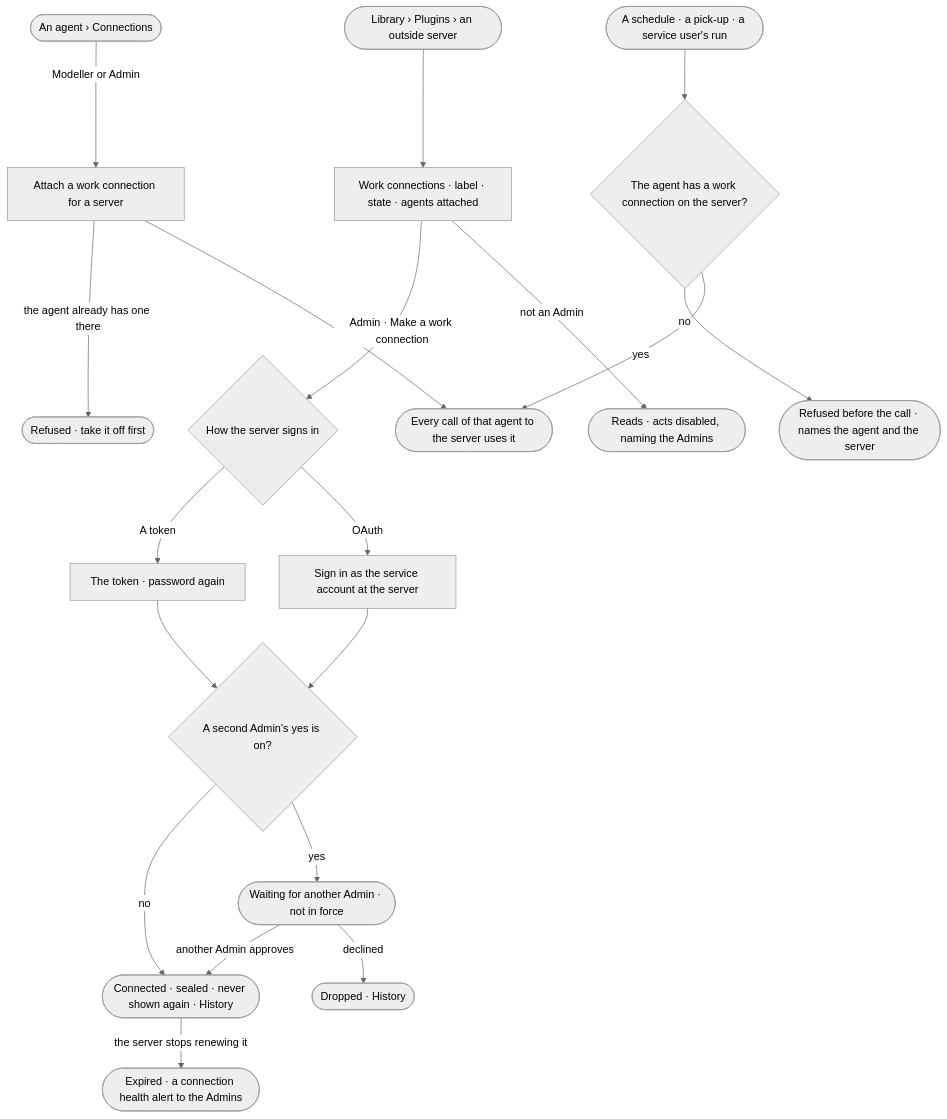
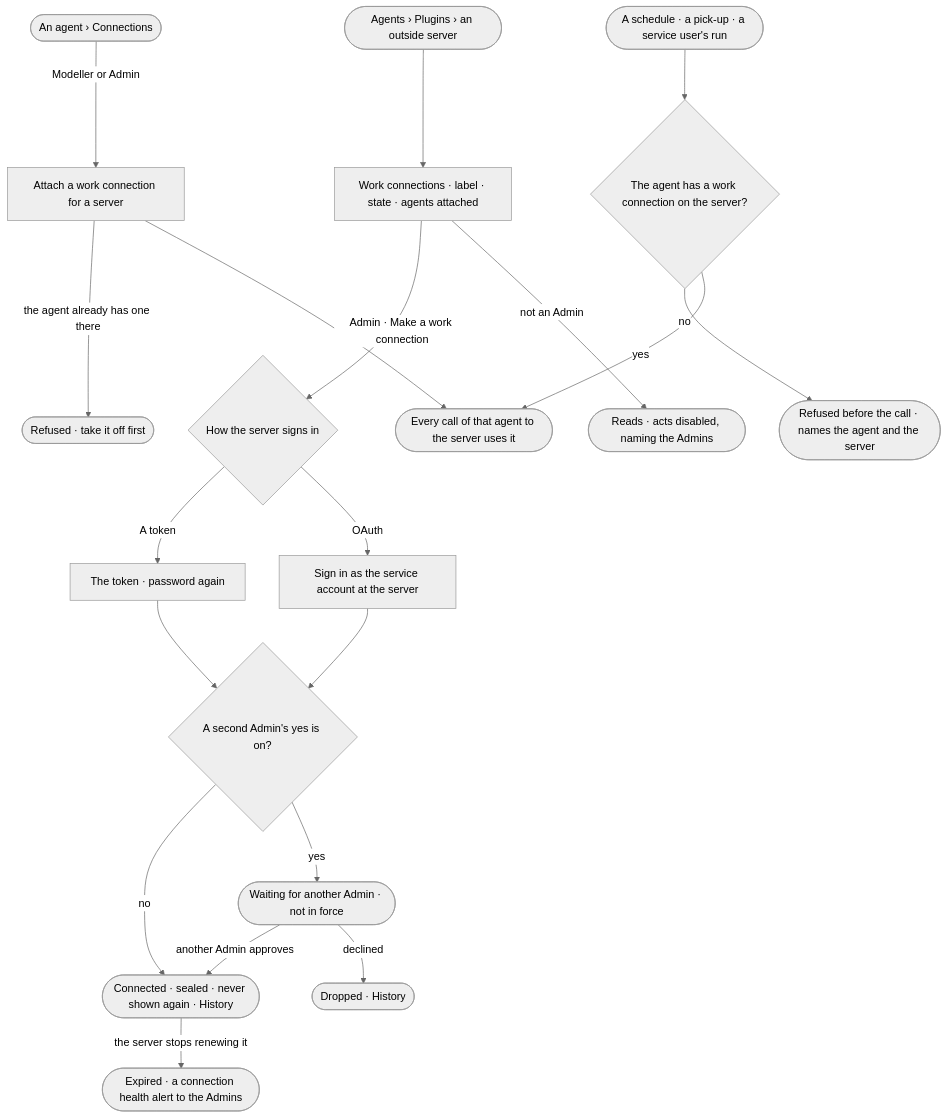
The diagram in specs/os/control/features/CP-F02-plugins-and-outside-tools/stories/CP-62-make-a-work-connection-and-attach-it-to-agents/story.md (invana/invana), drawn with Mermaid (neutral theme) before and after one commit. The commit also changed 106 other files, not shown here.

````diff
--- a/specs/os/control/features/CP-F02-plugins-and-outside-tools/stories/CP-62-make-a-work-connection-and-attach-it-to-agents/story.md
+++ b/specs/os/control/features/CP-F02-plugins-and-outside-tools/stories/CP-62-make-a-work-connection-and-attach-it-to-agents/story.md
@@ -29,21 +29,21 @@
 ```mermaid
 flowchart TD
-  s([Library › Plugins › an outside server]) --> l["Work connections · label · state · agents attached"]
+  s([Agents › Plugins › an outside server]) --> l["Work connections · label · state · agents attached"]
   l -->|Admin · Make a work connection| m{"How the server signs in"}
   m -->|A token| tk["The token · password again"]
   m -->|OAuth| oa["Sign in as the service account at the server"]
   tk --> sv{"A second Admin's yes is on?"}
   oa --> sv
   sv -->|no| ok(["Connected · sealed · never shown again · History"])
   sv -->|yes| aw(["Waiting for another Admin · not in force"])
   aw -->|another Admin approves| ok
   aw -->|declined| dc(["Dropped · History"])
   a([An agent › Connections]) -->|Modeller or Admin| at["Attach a work connection for a server"]
   at -->|the agent already has one there| one(["Refused · take it off first"])
   at --> used(["Every call of that agent to the server uses it"])
   r([A schedule · a pick-up · a service user's run]) --> need{"The agent has a work connection on the server?"}
   need -->|no| rf(["Refused before the call · names the agent and the server"])
   need -->|yes| used
   ok -->|the server stops renewing it| ex(["Expired · a connection health alert to the Admins"])
   l -->|not an Admin| ro(["Reads · acts disabled, naming the Admins"])
 ```
````
